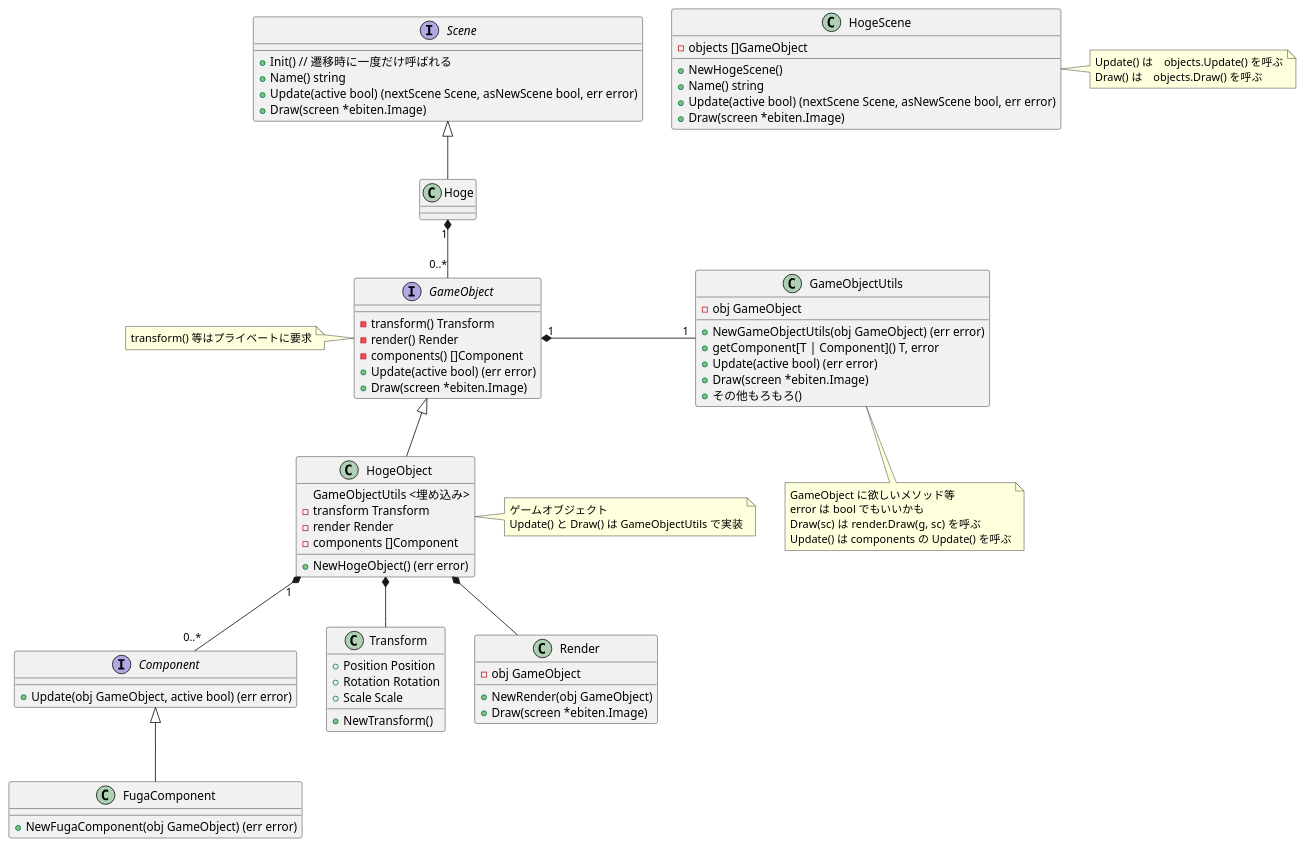
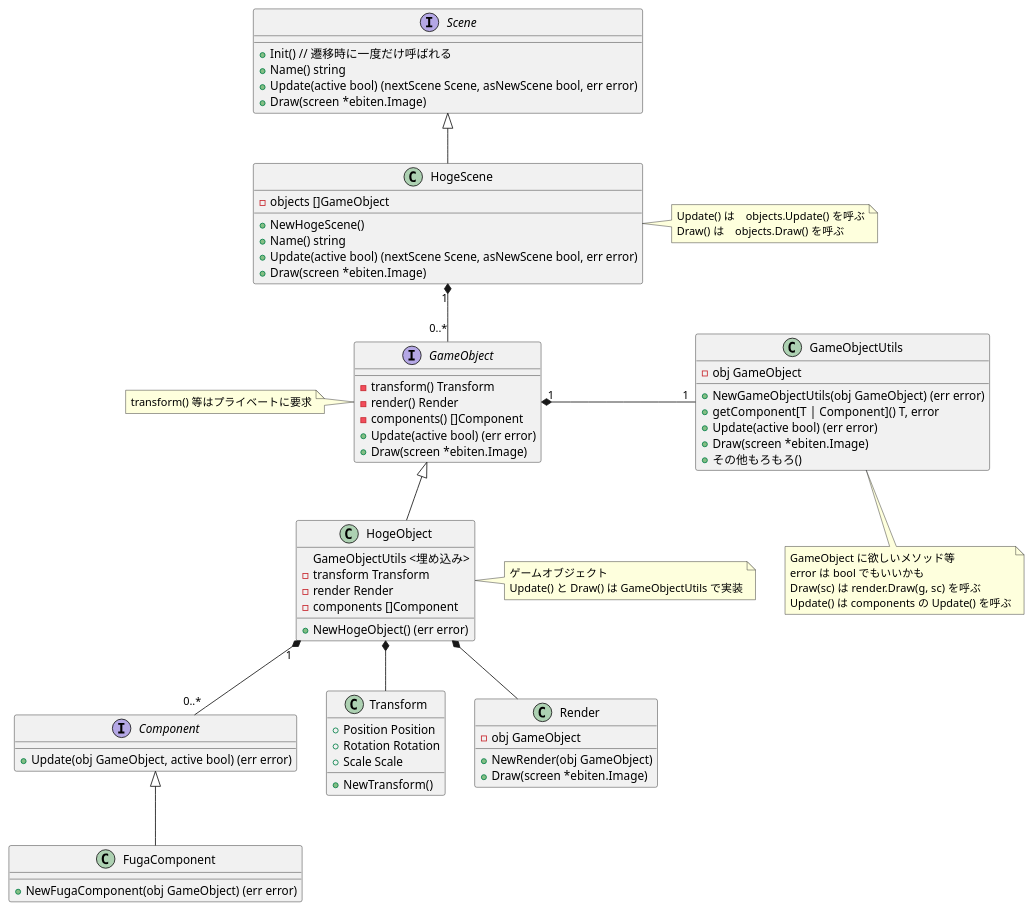
The diagram in Docs/Scene_class_diagram.puml (kmc-jp/Gamedev_Tempura-of-p--Phenylazo-phenol), drawn with PlantUML before and after one commit.

Commit message:
修正忘れ

```diff
--- a/Docs/Scene_class_diagram.puml
+++ b/Docs/Scene_class_diagram.puml
@@ -1,83 +1,83 @@
 @startuml Scene_class_diagram
 
 interface Scene {
     + Init() // 遷移時に一度だけ呼ばれる
     + Name() string
     + Update(active bool) (nextScene Scene, asNewScene bool, err error)
     + Draw(screen *ebiten.Image)
 }
 
 class HogeScene {
     - objects []GameObject
     + NewHogeScene()
     + Name() string
     + Update(active bool) (nextScene Scene, asNewScene bool, err error)
     + Draw(screen *ebiten.Image)
 }
 note right of HogeScene : Update() は　objects.Update() を呼ぶ\nDraw() は　objects.Draw() を呼ぶ
 
-Hoge -up-|> Scene
+HogeScene -up-|> Scene
 
-Hoge "1" *-- "0..*" GameObject
+HogeScene "1" *-- "0..*" GameObject
 
 interface GameObject {
     - transform() Transform
     - render() Render
     - components() []Component
     + Update(active bool) (err error)
     + Draw(screen *ebiten.Image)
 }
 note left of GameObject : transform() 等はプライベートに要求
 
 class GameObjectUtils {
     - obj GameObject
     + NewGameObjectUtils(obj GameObject) (err error)
     + getComponent[T | Component]() T, error
     + Update(active bool) (err error)
     + Draw(screen *ebiten.Image)
     + その他もろもろ()
 }
 note bottom of GameObjectUtils : GameObject に欲しいメソッド等\nerror は bool でもいいかも\nDraw(sc) は render.Draw(g, sc) を呼ぶ\nUpdate() は components の Update() を呼ぶ
 
 GameObject "1" *- "1" GameObjectUtils
 
 
 class HogeObject {
     GameObjectUtils <埋め込み>
     - transform Transform
     - render Render
     - components []Component
     + NewHogeObject() (err error)
 }
 note right of HogeObject : ゲームオブジェクト\nUpdate() と Draw() は GameObjectUtils で実装
 
 
 HogeObject -up-|> GameObject
 HogeObject *-- Transform
 HogeObject *-- Render
 
 HogeObject "1" *-- "0..*" Component
 
 class Transform {
     + Position Position
     + Rotation Rotation
     + Scale Scale
     + NewTransform()
 }
 
 class Render {
     - obj GameObject
     + NewRender(obj GameObject)
     + Draw(screen *ebiten.Image)
 }
 
 interface Component {
     + Update(obj GameObject, active bool) (err error)
 }
 
 class FugaComponent {
     + NewFugaComponent(obj GameObject) (err error)
 }
 
 FugaComponent -up-|> Component
 @enduml
```
